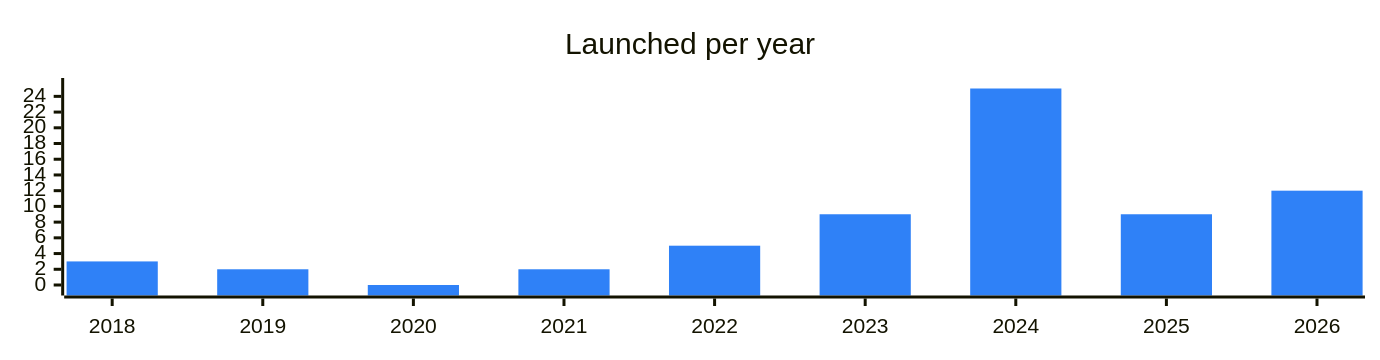
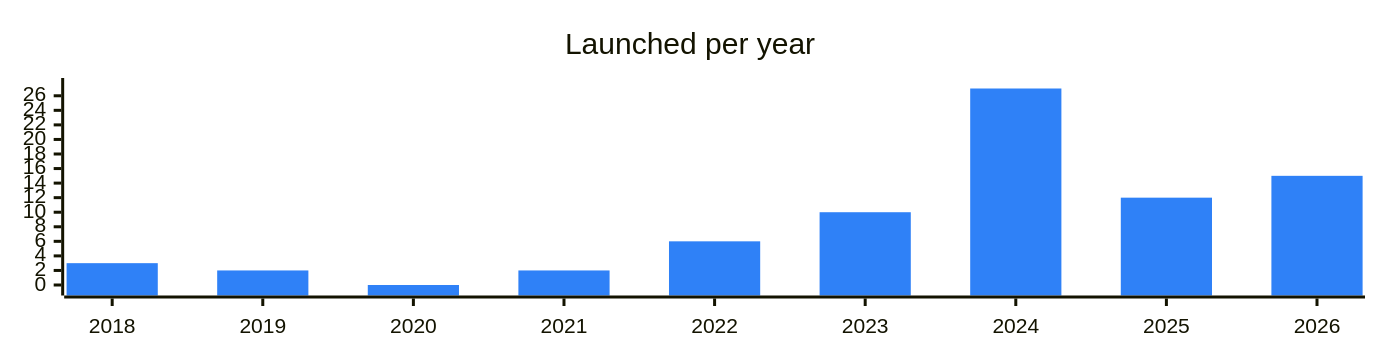
Before and after one commit to vitalikgpt/gram-ecosystem: the diagram in categories/payments.md, drawn with Mermaid. The commit also changed other lines of this file and 71 other files, not shown here.

````diff
--- a/categories/payments.md
+++ b/categories/payments.md
@@ -7,7 +7,7 @@
 ```mermaid
 %%{init: {"xyChart": {"width": 900, "height": 220}, "themeVariables": {"xyChart": {"plotColorPalette": "#2f81f7"}}}}%%
 xychart-beta
   title "Launched per year"
   x-axis ["2018", "2019", "2020", "2021", "2022", "2023", "2024", "2025", "2026"]
-  bar [3, 2, 0, 2, 5, 9, 25, 9, 12]
+  bar [3, 2, 0, 2, 6, 10, 27, 12, 15]
 ```
````
